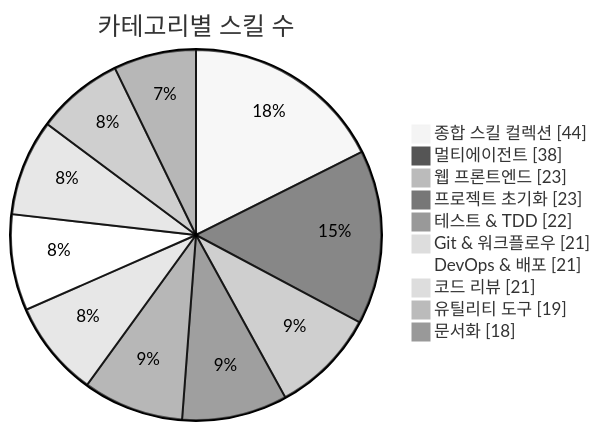
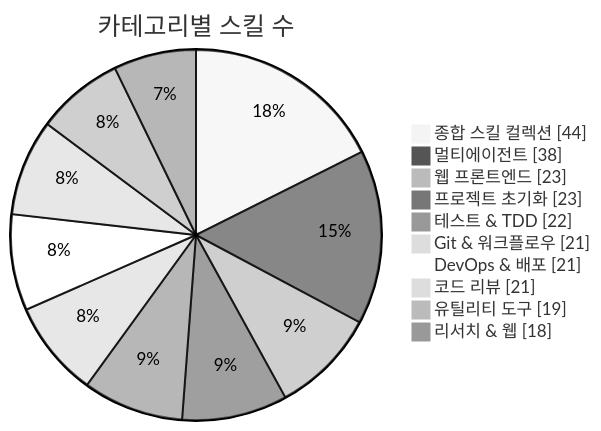
One commit to J-nowcow/awesome-korean-agent-skills changed the first of 3 diagrams in README.md. Above: the diagram before and after it, drawn with Mermaid (neutral theme). The commit also changed other lines of this file and 4 other files, not shown here.

````diff
--- a/README.md
+++ b/README.md
@@ -176,14 +176,14 @@
 ```mermaid
 pie showData
     title 카테고리별 스킬 수
     "종합 스킬 컬렉션" : 44
     "멀티에이전트" : 38
     "웹 프론트엔드" : 23
     "프로젝트 초기화" : 23
     "테스트 & TDD" : 22
     "Git & 워크플로우" : 21
     "DevOps & 배포" : 21
     "코드 리뷰" : 21
     "유틸리티 도구" : 19
-    "문서화" : 18
+    "리서치 & 웹" : 18
 ```
````
